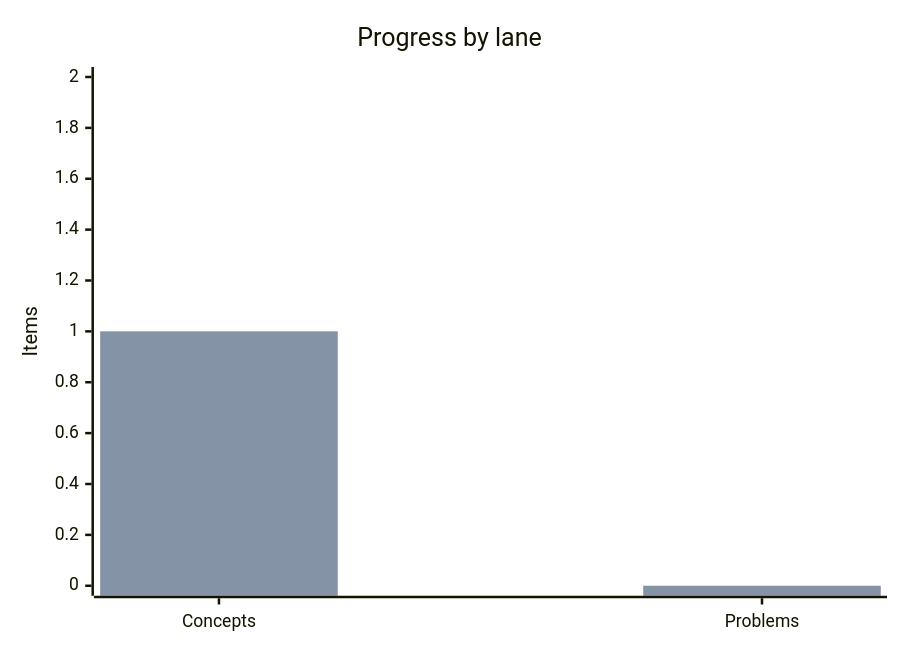
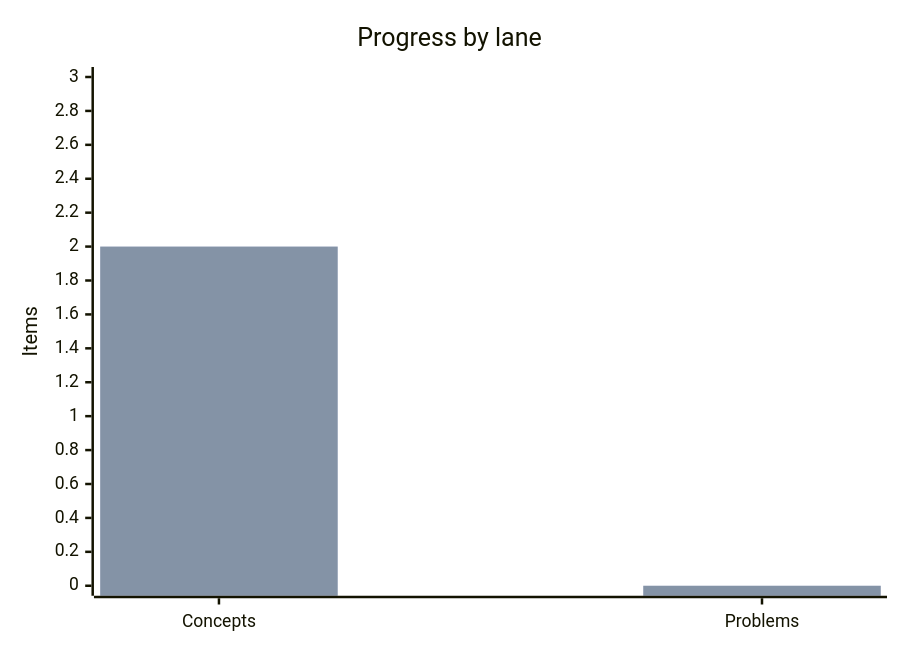
The diagram in README.md (mauli-waghmore/system-design-notes), drawn with Mermaid before and after one commit. The commit also changed other lines of this file and 1 other file, not shown here.

````diff
--- a/README.md
+++ b/README.md
@@ -66,9 +66,9 @@
 ```mermaid
 %%{init: {"xyChart": {"plotColorPalette": ["#0969da", "#3DA639"]}}}%%
 xychart-beta
     title "Progress by lane"
     x-axis ["Concepts", "Problems"]
-    y-axis "Items" 0 --> 2
-    bar [1, 0]
-    bar [1, 0]
+    y-axis "Items" 0 --> 3
+    bar [2, 0]
+    bar [2, 0]
 ```
````
